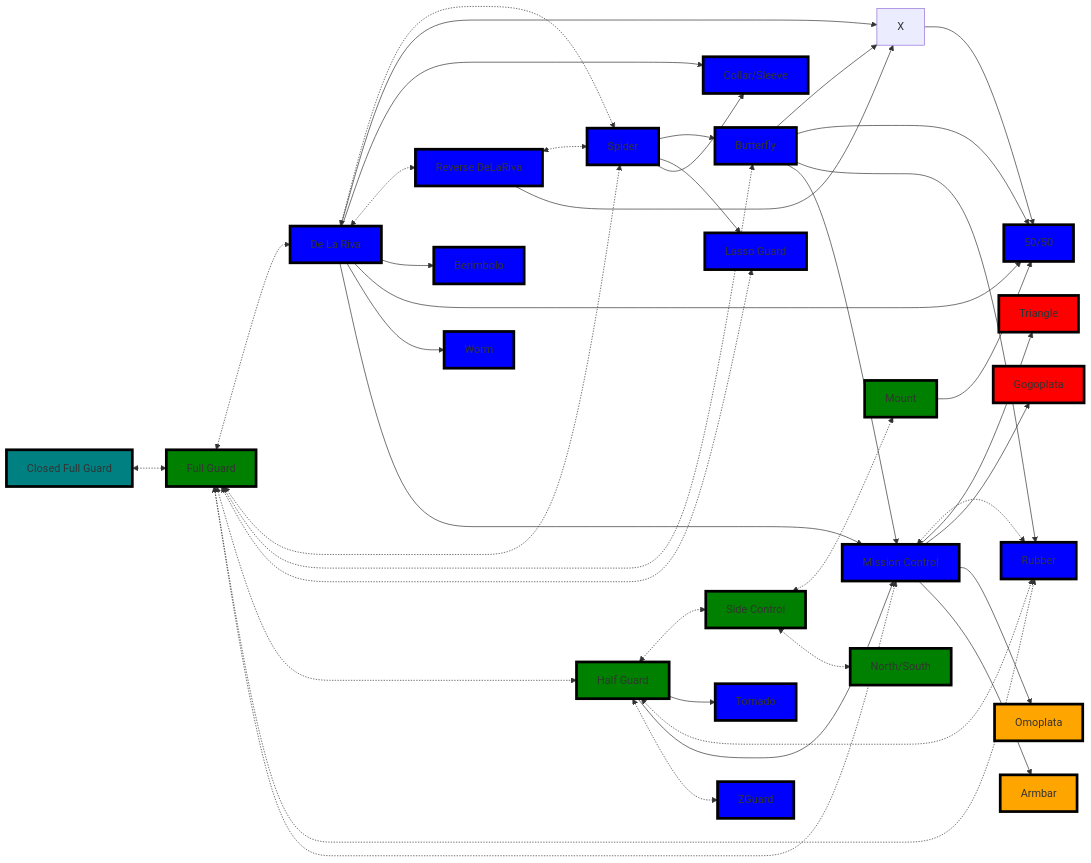
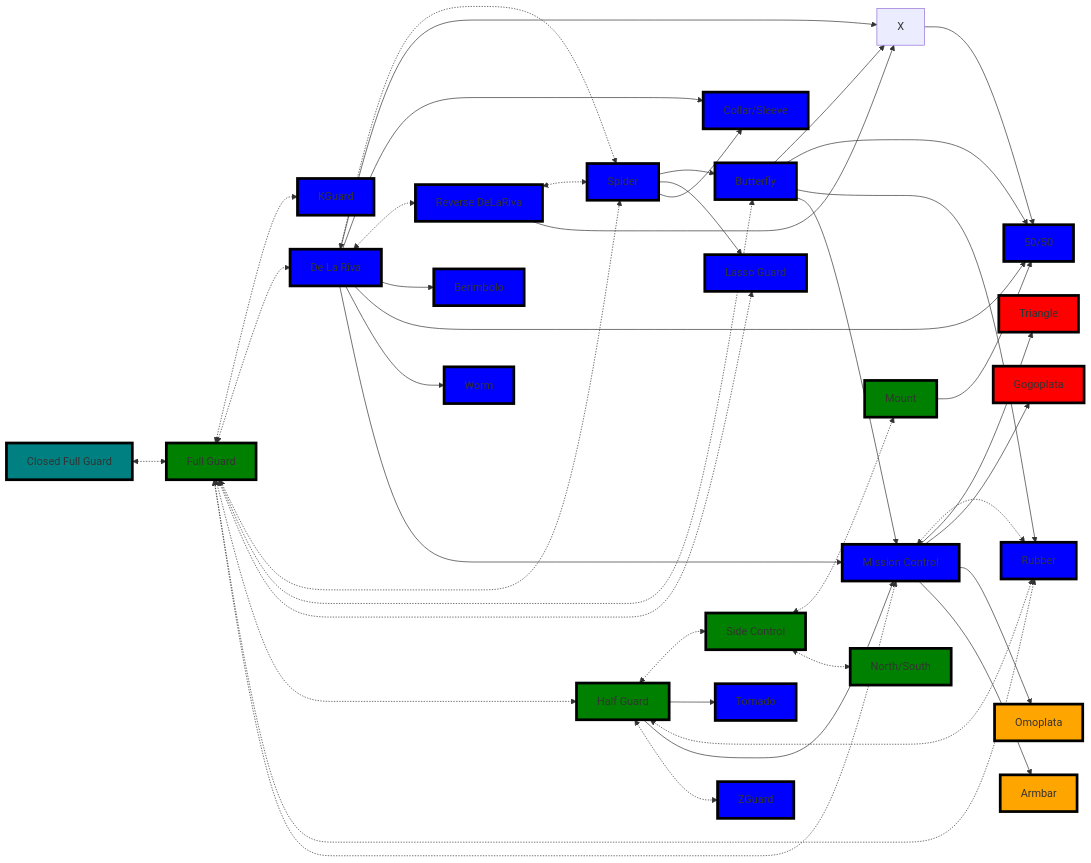
The first of 3 diagrams in _Fitness/MMA/Guards Directory.md (jacgit18/DevHiveMind), drawn with Mermaid before and after one commit. The commit also changed 2 other files, not shown here.

Commit message:
M "_Fitness/MMA/Grappling/BJJ/guards for striking.md"  M "_Fitness/MMA/Guards Directory.md"  M _Fitness/MMA/Untitled.md

```diff
--- a/_Fitness/MMA/Guards Directory.md
+++ b/_Fitness/MMA/Guards Directory.md
@@ -83,6 +83,7 @@
 	Q[Rubber]
 	R[Mission Control]
 	Z[ZGuard]
+	KGuard[KGuard]
 
 	1[Triangle]
 	2[Gogoplata]
@@ -90,6 +91,7 @@
 	4[Armbar]
 
 	Closed <-.-> A
+	A <-.-> KGuard
     A <-.-> B
     A <-.-> C
     A <-.-> D
@@ -130,6 +132,8 @@
 	R --> 4 
 	
 style Closed fill:teal,stroke:black,stroke-width:4px,shadow:shadow
+
+style KGuard fill:blue,stroke:black,stroke-width:4px,shadow:shadow
 
 style A fill:green,stroke:black,stroke-width:4px,shadow:shadow
 
```
